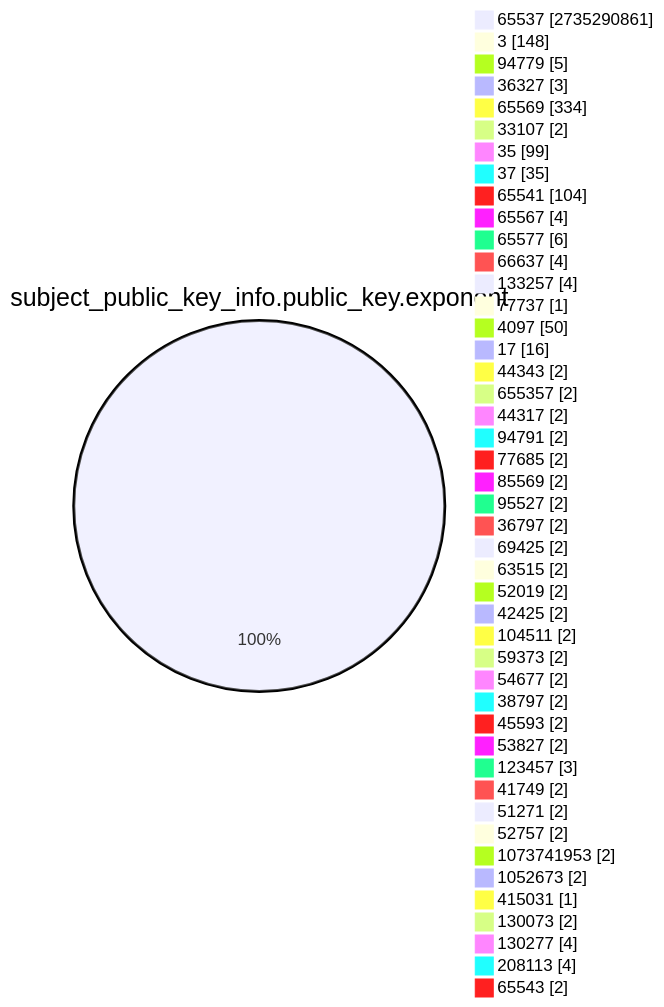
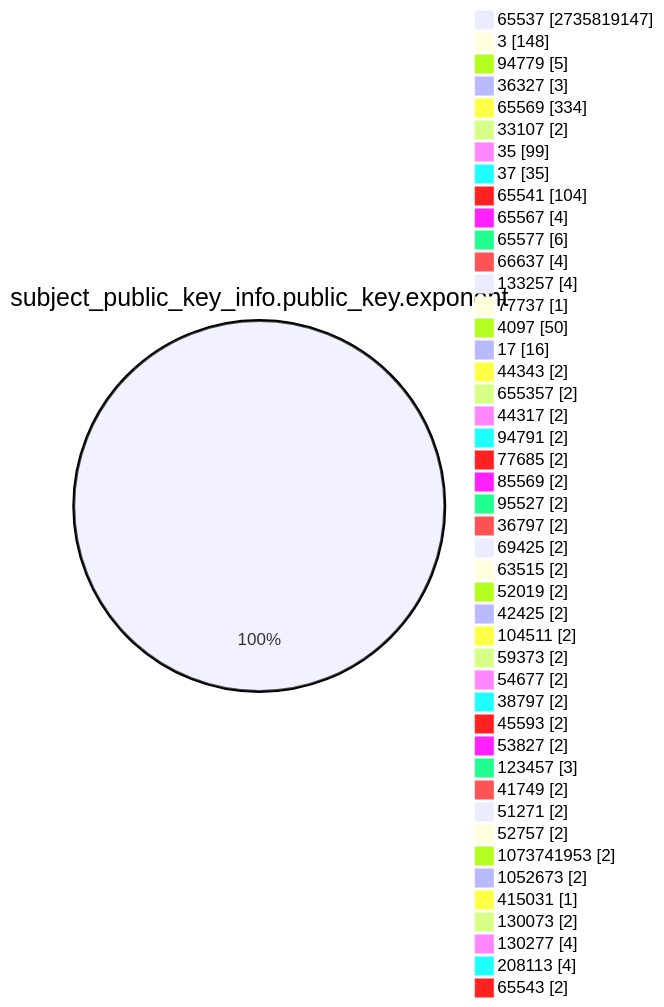
Before and after one commit to christiankrug/ctmonitor_visualization: the fourth of 15 diagrams in TOTAL/README.md, drawn with Mermaid. The commit also changed other lines of this file, not shown here.

````diff
--- a/TOTAL/README.md
+++ b/TOTAL/README.md
@@ -1467,49 +1467,49 @@
 ```mermaid
 pie showData
 title subject_public_key_info.public_key.exponent
-"65537" :2735290861
+"65537" :2735819147
 "3" :148
 "94779" :5
 "36327" :3
 "65569" :334
 "33107" :2
 "35" :99
 "37" :35
 "65541" :104
 "65567" :4
 "65577" :6
 "66637" :4
 "133257" :4
 "77737" :1
 "4097" :50
 "17" :16
 "44343" :2
 "655357" :2
 "44317" :2
 "94791" :2
 "77685" :2
 "85569" :2
 "95527" :2
 "36797" :2
 "69425" :2
 "63515" :2
 "52019" :2
 "42425" :2
 "104511" :2
 "59373" :2
 "54677" :2
 "38797" :2
 "45593" :2
 "53827" :2
 "123457" :3
 "41749" :2
 "51271" :2
 "52757" :2
 "1073741953" :2
 "1052673" :2
 "415031" :1
 "130073" :2
 "130277" :4
 "208113" :4
 "65543" :2
 ```
````
